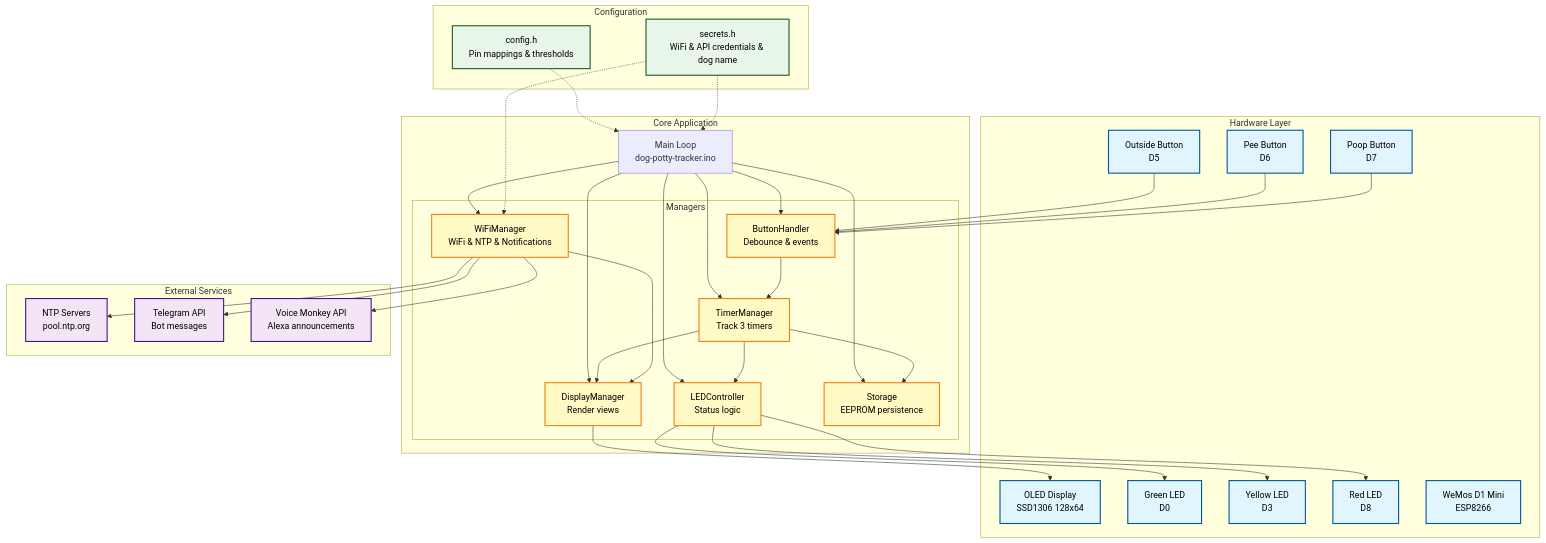
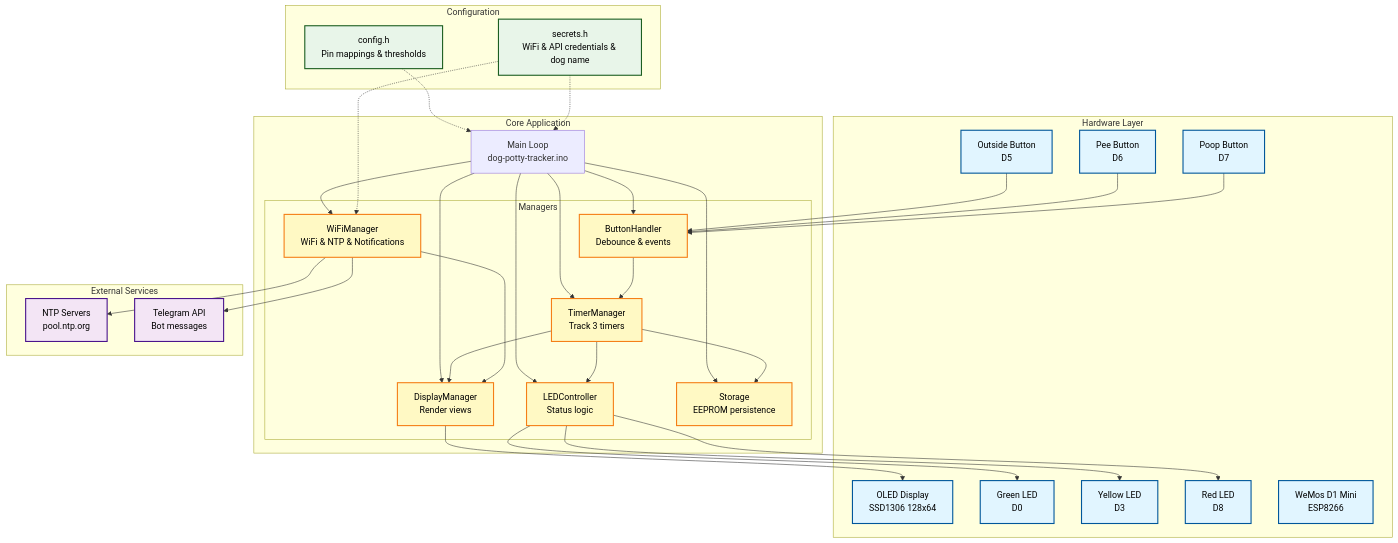
One commit to Govanator12/dog-potty-tracker changed the diagram in README.md. Above: the diagram before and after it, drawn with Mermaid. The commit also changed other lines of this file and 4 other files, not shown here.

````diff
--- a/README.md
+++ b/README.md
@@ -19,80 +18,78 @@
 ```mermaid
 graph TB
     subgraph "Hardware Layer"
         OLED[OLED Display<br/>SSD1306 128x64]
         BTN1[Outside Button<br/>D5]
         BTN2[Pee Button<br/>D6]
         BTN3[Poop Button<br/>D7]
         LED1[Green LED<br/>D0]
         LED2[Yellow LED<br/>D3]
         LED3[Red LED<br/>D8]
         ESP[WeMos D1 Mini<br/>ESP8266]
     end
 
     subgraph "Core Application"
         MAIN[Main Loop<br/>dog-potty-tracker.ino]
 
         subgraph "Managers"
             TIMER[TimerManager<br/>Track 3 timers]
             DISPLAY[DisplayManager<br/>Render views]
             BUTTON[ButtonHandler<br/>Debounce & events]
             LEDCTL[LEDController<br/>Status logic]
             WIFI[WiFiManager<br/>WiFi & NTP & Notifications]
             STORAGE[Storage<br/>EEPROM persistence]
         end
     end
 
     subgraph "External Services"
         NTP[NTP Servers<br/>pool.ntp.org]
         TELEGRAM[Telegram API<br/>Bot messages]
-        ALEXA[Voice Monkey API<br/>Alexa announcements]
     end
 
     subgraph "Configuration"
         CONFIG[config.h<br/>Pin mappings & thresholds]
         SECRETS[secrets.h<br/>WiFi & API credentials & dog name]
     end
 
     %% Hardware connections
     BTN1 --> BUTTON
     BTN2 --> BUTTON
     BTN3 --> BUTTON
     LEDCTL --> LED1
     LEDCTL --> LED2
     LEDCTL --> LED3
     DISPLAY --> OLED
 
     %% Main loop connections
     MAIN --> TIMER
     MAIN --> DISPLAY
     MAIN --> BUTTON
     MAIN --> LEDCTL
     MAIN --> WIFI
     MAIN --> STORAGE
 
     %% Manager interactions
     BUTTON --> TIMER
     TIMER --> DISPLAY
     TIMER --> LEDCTL
     TIMER --> STORAGE
     WIFI --> DISPLAY
     WIFI --> NTP
     WIFI --> TELEGRAM
-    WIFI --> ALEXA
 
     %% Configuration
     CONFIG -.-> MAIN
     SECRETS -.-> WIFI
     SECRETS -.-> MAIN
 
     %% Styling
     classDef hardware fill:#e1f5ff,stroke:#01579b,stroke-width:2px,color:#000
     classDef manager fill:#fff9c4,stroke:#f57f17,stroke-width:2px,color:#000
     classDef external fill:#f3e5f5,stroke:#4a148c,stroke-width:2px,color:#000
     classDef config fill:#e8f5e9,stroke:#1b5e20,stroke-width:2px,color:#000
 
     class OLED,BTN1,BTN2,BTN3,LED1,LED2,LED3,ESP hardware
     class TIMER,DISPLAY,BUTTON,LEDCTL,WIFI,STORAGE manager
-    class NTP,TELEGRAM,ALEXA external
+    class NTP,TELEGRAM external
     class CONFIG,SECRETS config
 ```
````
